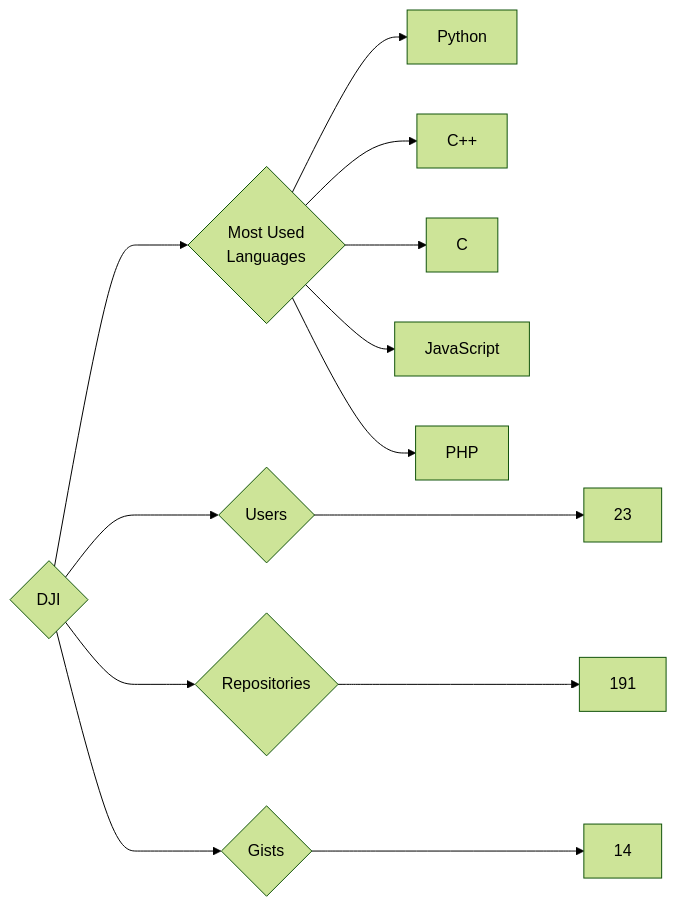
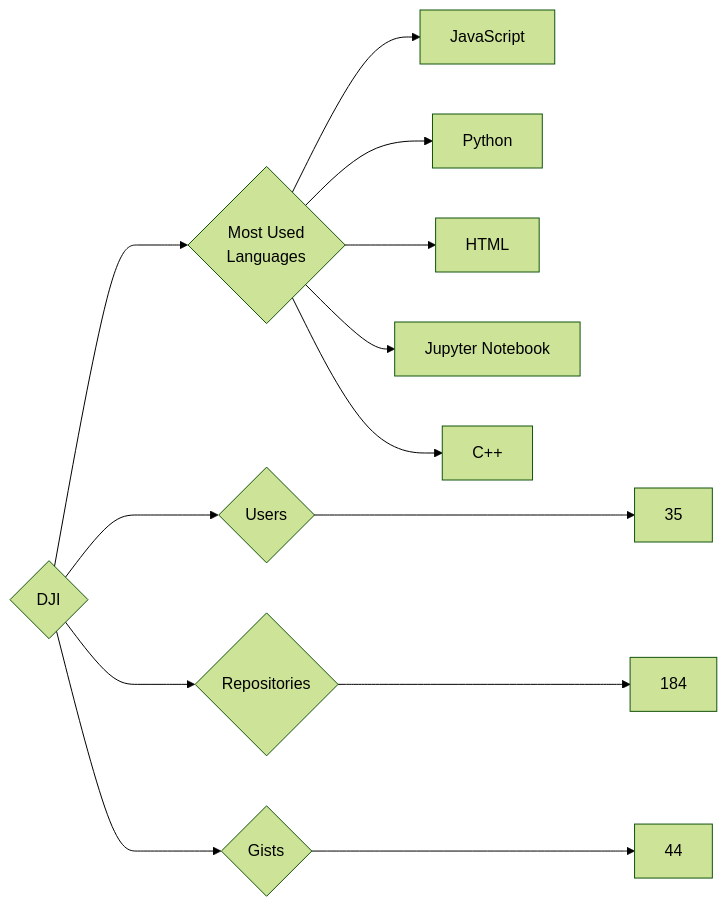
One commit to trickest/insiders changed the diagram in targets/DJI/README.md. Above: the diagram before and after it, drawn with Mermaid (forest theme). The commit also changed 736 other files, not shown here.

````diff
--- a/targets/DJI/README.md
+++ b/targets/DJI/README.md
@@ -3,13 +3,13 @@
 ```mermaid
 graph LR
 COMPANY_NAME{DJI}
-COMPANY_NAME ---> U{Users} ---> UN[23]
-COMPANY_NAME ---> R{Repositories} ---> RN[191]
-COMPANY_NAME ---> G{Gists} ---> GN[14]
+COMPANY_NAME ---> U{Users} ---> UN[35]
+COMPANY_NAME ---> R{Repositories} ---> RN[184]
+COMPANY_NAME ---> G{Gists} ---> GN[44]
 COMPANY_NAME ---> ML{Most Used<br>Languages}
+ML --> JavaScript[JavaScript]
 ML --> Python[Python]
+ML --> HTML[HTML]
+ML --> Jupyter_Notebook[Jupyter Notebook]
 ML --> C++[C++]
-ML --> C[C]
-ML --> JavaScript[JavaScript]
-ML --> PHP[PHP]
 ```
````
